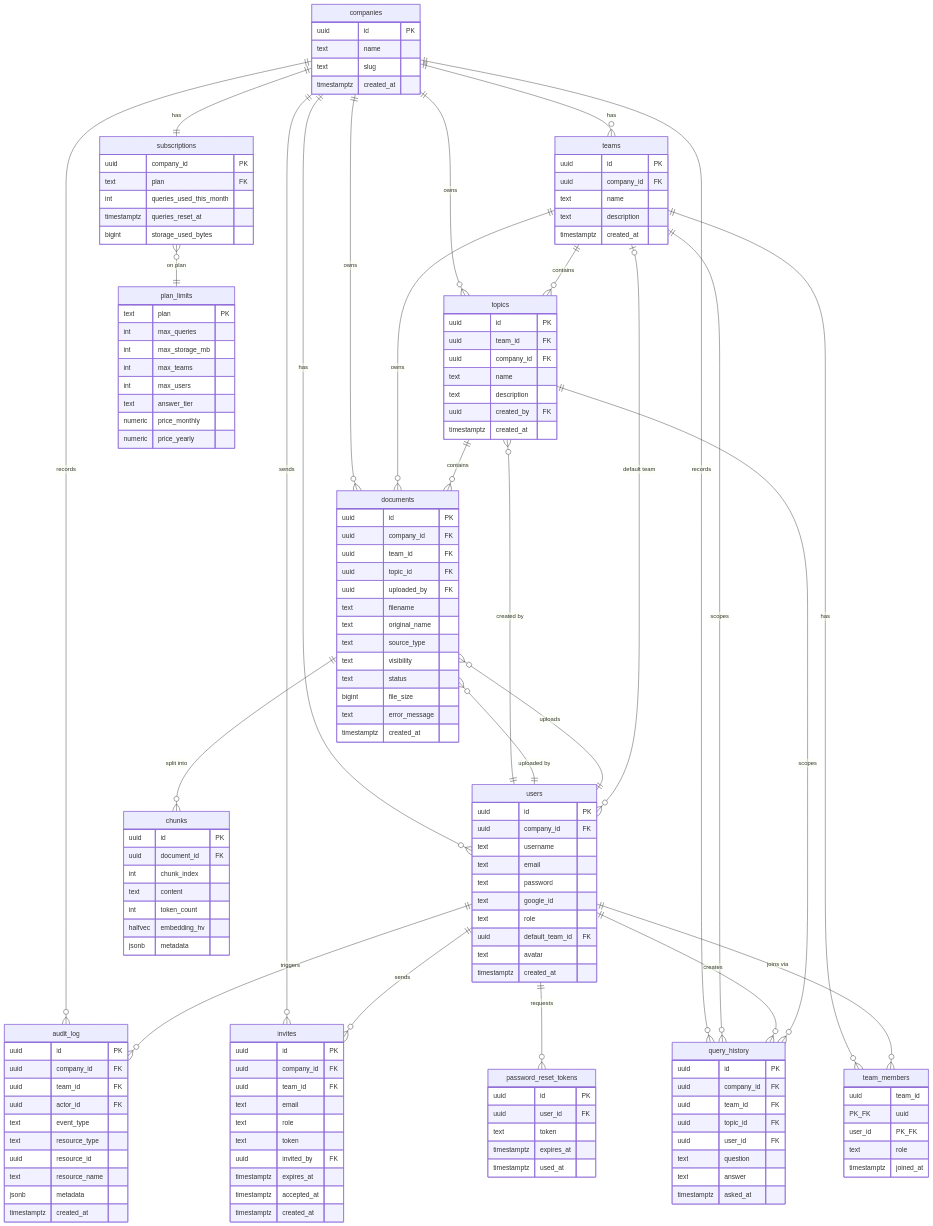
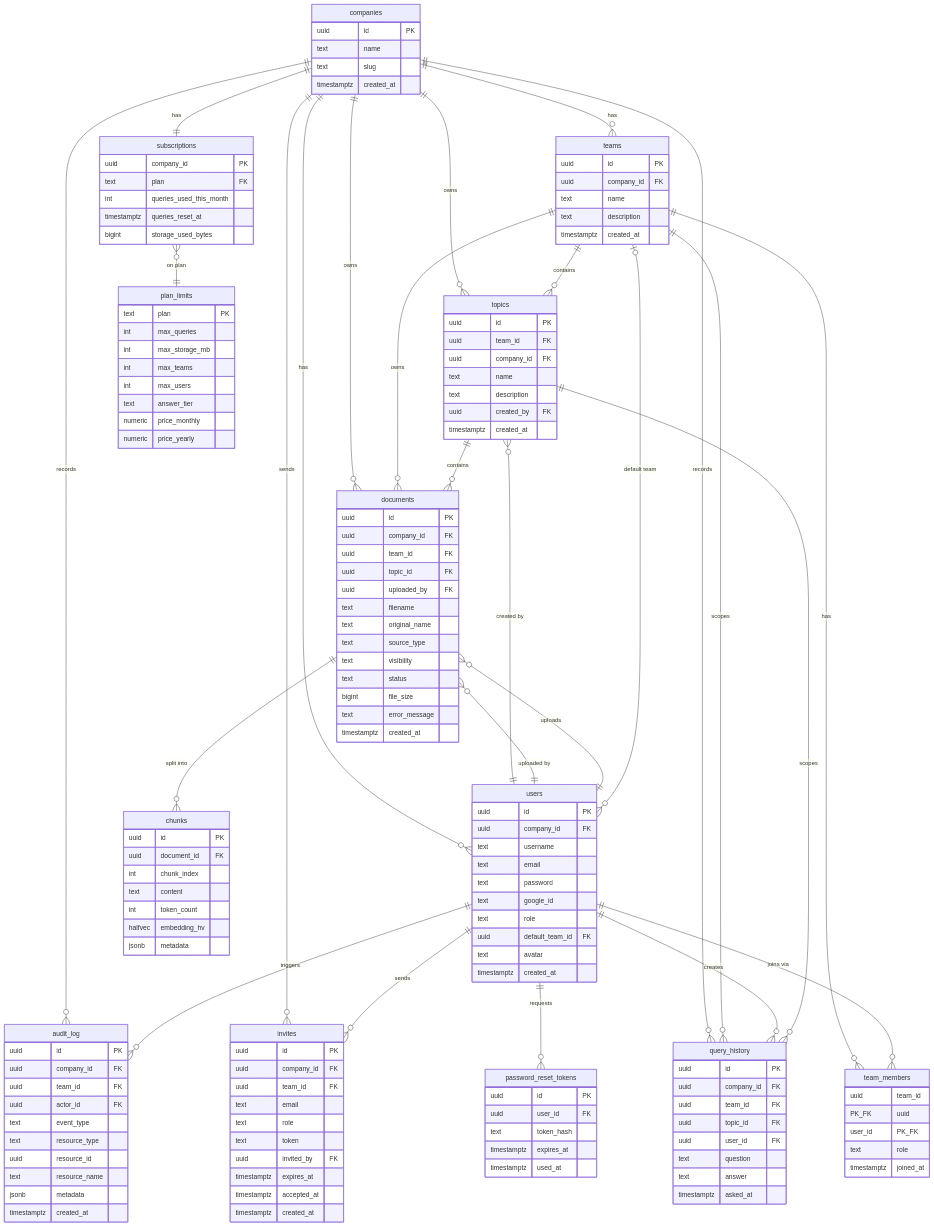
One commit to yavorm-tech/query-prism changed the first of 2 diagrams in docs/diagrams/er-diagram.md. Above: the diagram before and after it, drawn with Mermaid. The commit also changed 33 other files, not shown here.

```diff
--- a/docs/diagrams/er-diagram.md
+++ b/docs/diagrams/er-diagram.md
@@ -102,7 +102,7 @@
     password_reset_tokens {
         uuid id PK
         uuid user_id FK
-        text token
+        text token_hash
         timestamptz expires_at
         timestamptz used_at
     }
```
